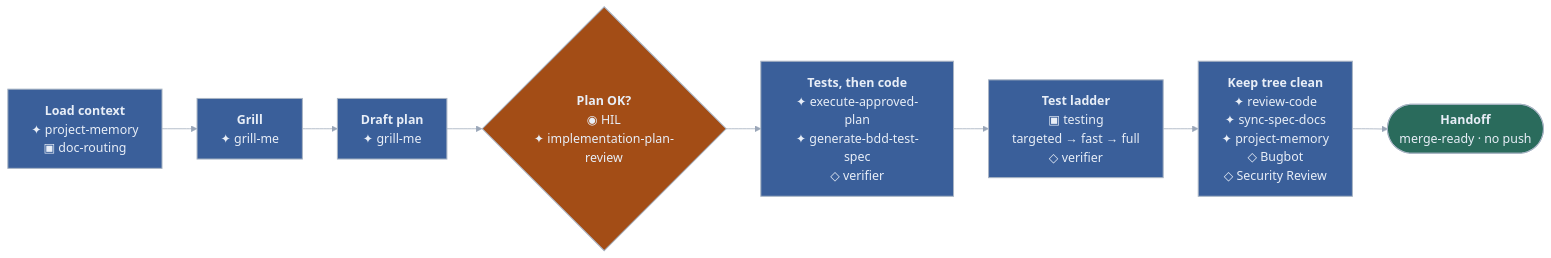
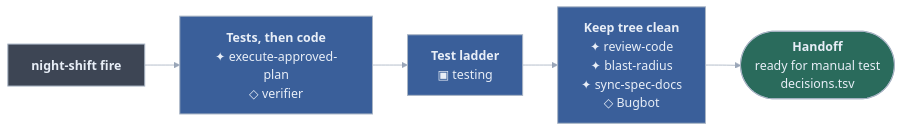
One commit to RaphaelBecker/cursor-harness changed the second of 14 diagrams in README.md. Above: the diagram before and after it, drawn with Mermaid. The commit also changed other lines of this file and 55 other files, not shown here.

First line of the commit message:
Land the prep/night-shift spine and close the highest-leverage skill gaps.

````diff
--- a/README.md
+++ b/README.md
@@ -78,19 +85,16 @@
 ```mermaid
 %%{init: {"theme":"base","themeVariables":{"darkMode":true,"fontFamily":"ui-sans-serif, system-ui, -apple-system, Segoe UI, sans-serif","fontSize":"17px","background":"#2B313C","lineColor":"#9AA6B8","textColor":"#9AA6B8","primaryTextColor":"#E8EEF7","edgeLabelBackground":"#2B313C"},"flowchart":{"curve":"basis","htmlLabels":true,"nodeSpacing":35,"rankSpacing":48,"padding":16,"useMaxWidth":true}}}%%
 flowchart LR
-  d1["<b>Load context</b><br/>✦ project-memory<br/>▣ doc-routing"]
-  d2["<b>Grill</b><br/>✦ grill-me"]
-  d3["<b>Draft plan</b><br/>✦ grill-me"]
-  d4{"<b>Plan OK?</b><br/>◉ HIL<br/>✦ implementation-plan-review"}
-  n1["<b>Tests, then code</b><br/>✦ execute-approved-plan<br/>✦ generate-bdd-test-spec<br/>◇ verifier"]
-  n2["<b>Test ladder</b><br/>▣ testing<br/>targeted → fast → full<br/>◇ verifier"]
-  n3["<b>Keep tree clean</b><br/>✦ review-code<br/>✦ sync-spec-docs<br/>✦ project-memory<br/>◇ Bugbot<br/>◇ Security Review"]
-  n4(["<b>Handoff</b><br/>merge-ready · no push"])
-  d1 --> d2 --> d3 --> d4 --> n1 --> n2 --> n3 --> n4
+  n0["<b>night-shift fire</b>"]
+  n1["<b>Tests, then code</b><br/>✦ execute-approved-plan<br/>◇ verifier"]
+  n2["<b>Test ladder</b><br/>▣ testing"]
+  n3["<b>Keep tree clean</b><br/>✦ review-code<br/>✦ blast-radius<br/>✦ sync-spec-docs<br/>◇ Bugbot"]
+  n4(["<b>Handoff</b><br/>ready for manual test<br/>decisions.tsv"])
+  n0 --> n1 --> n2 --> n3 --> n4
   classDef skill fill:#3A5F9A,stroke:#A8B4C4,stroke-width:1.4px,color:#E8EEF7
-  classDef hil fill:#A34D16,stroke:#A8B4C4,stroke-width:1.4px,color:#E8EEF7
+  classDef you fill:#3D4554,stroke:#A8B4C4,stroke-width:1.4px,color:#E8EEF7
   classDef done fill:#2A6B5C,stroke:#A8B4C4,stroke-width:1.4px,color:#E8EEF7
-  class d1,d2,d3,n1,n2,n3 skill
-  class d4 hil
+  class n1,n2,n3 skill
+  class n0 you
   class n4 done
 ```
````
